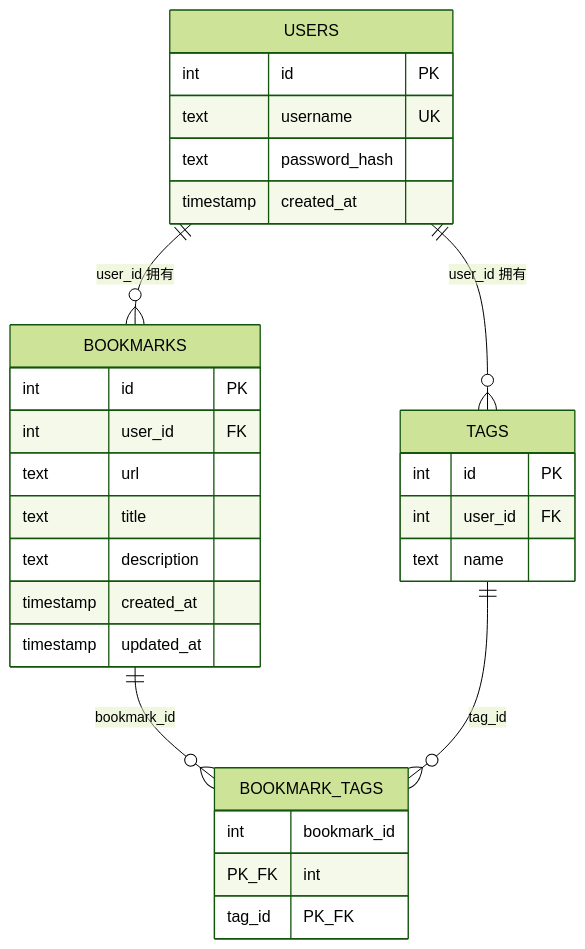
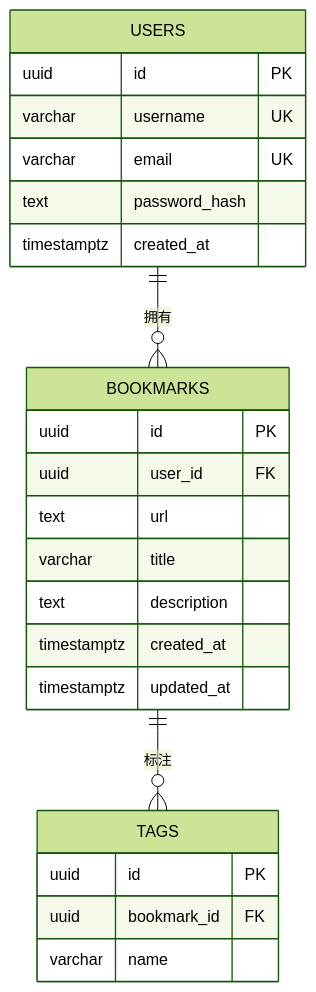
Before and after one commit to xEee1/linkmark: the second of 2 diagrams in docs/ARCHITECTURE.md, drawn with Mermaid (forest theme). The commit also changed other lines of this file and 42 other files, not shown here.

````diff
--- a/docs/ARCHITECTURE.md
+++ b/docs/ARCHITECTURE.md
@@ -39,31 +68,26 @@
 ```mermaid
 erDiagram
-  USERS ||--o{ BOOKMARKS : "user_id 拥有"
-  USERS ||--o{ TAGS : "user_id 拥有"
-  BOOKMARKS ||--o{ BOOKMARK_TAGS : "bookmark_id"
-  TAGS ||--o{ BOOKMARK_TAGS : "tag_id"
-  USERS {
-    int id PK
-    text username UK
-    text password_hash
-    timestamp created_at
-  }
-  BOOKMARKS {
-    int id PK
-    int user_id FK
-    text url
-    text title
-    text description
-    timestamp created_at
-    timestamp updated_at
-  }
-  TAGS {
-    int id PK
-    int user_id FK
-    text name
-  }
-  BOOKMARK_TAGS {
-    int bookmark_id PK_FK
-    int tag_id PK_FK
-  }
+    USERS ||--o{ BOOKMARKS : "拥有"
+    BOOKMARKS ||--o{ TAGS : "标注"
+    USERS {
+        uuid id PK
+        varchar username UK
+        varchar email UK
+        text password_hash
+        timestamptz created_at
+    }
+    BOOKMARKS {
+        uuid id PK
+        uuid user_id FK
+        text url
+        varchar title
+        text description
+        timestamptz created_at
+        timestamptz updated_at
+    }
+    TAGS {
+        uuid id PK
+        uuid bookmark_id FK
+        varchar name
+    }
 ```
````
